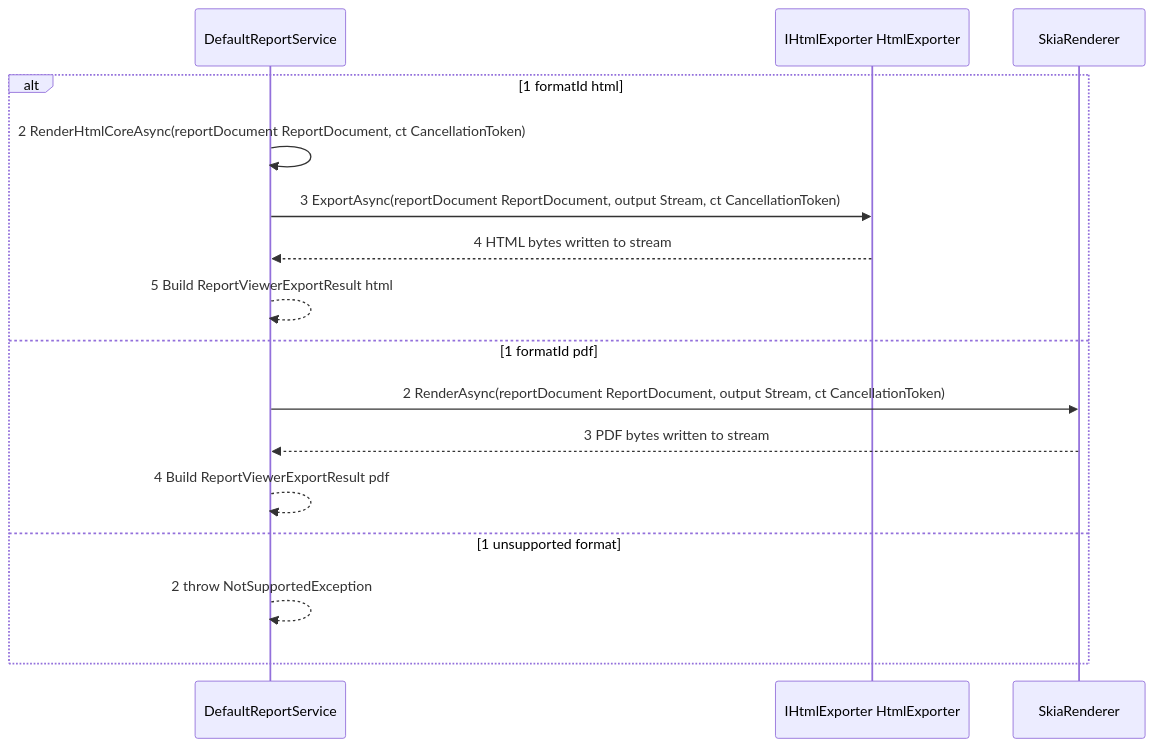
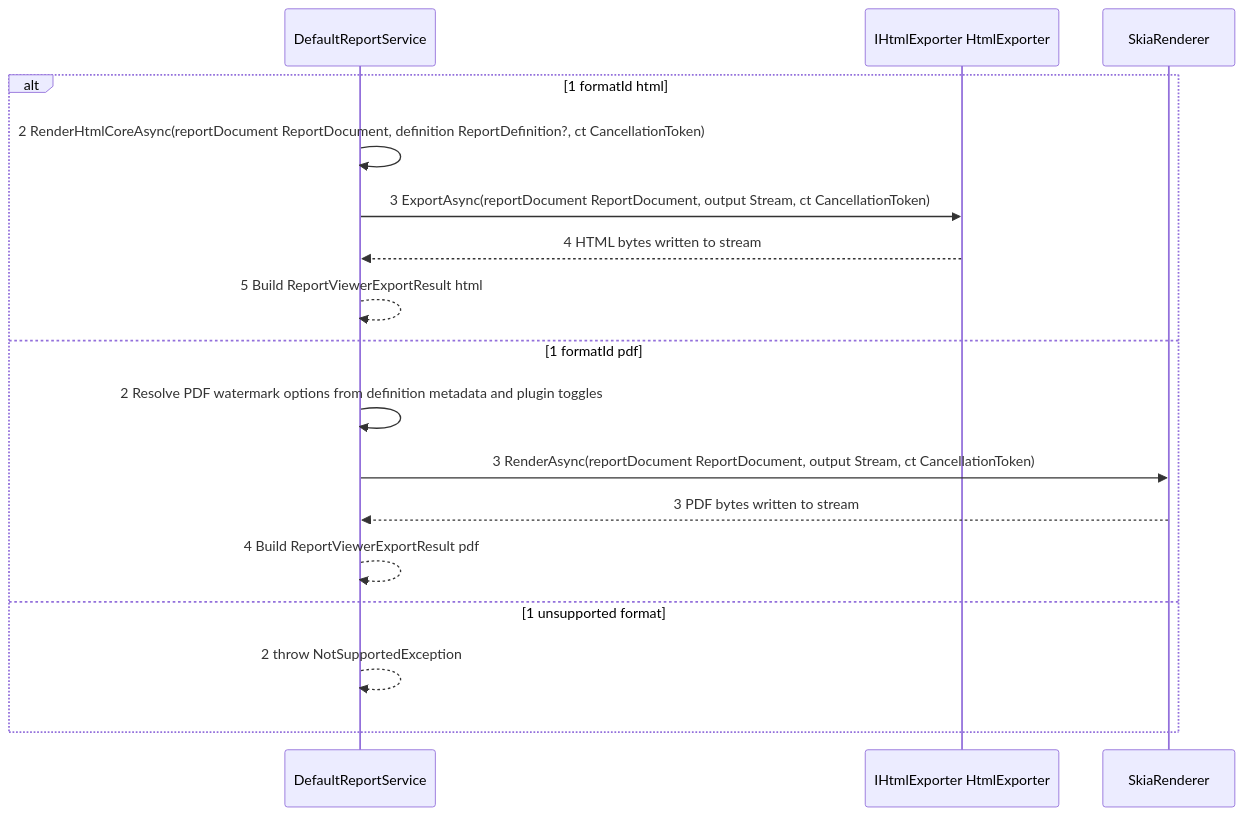
The fourth of 7 diagrams in docs/16-exporter-execution-flow.md (Netcodr81/kinetic-reports), drawn with Mermaid before and after one commit. The commit also changed other lines of this file and 17 other files, not shown here.

````diff
--- a/docs/16-exporter-execution-flow.md
+++ b/docs/16-exporter-execution-flow.md
@@ -41,19 +59,20 @@
 ```mermaid
 sequenceDiagram
     participant Service as DefaultReportService
     participant Html as IHtmlExporter HtmlExporter
     participant Pdf as SkiaRenderer
 
     alt 1 formatId html
-        Service->>Service: 2 RenderHtmlCoreAsync(reportDocument ReportDocument, ct CancellationToken)
+        Service->>Service: 2 RenderHtmlCoreAsync(reportDocument ReportDocument, definition ReportDefinition?, ct CancellationToken)
         Service->>Html: 3 ExportAsync(reportDocument ReportDocument, output Stream, ct CancellationToken)
         Html-->>Service: 4 HTML bytes written to stream
         Service-->>Service: 5 Build ReportViewerExportResult html
     else 1 formatId pdf
-        Service->>Pdf: 2 RenderAsync(reportDocument ReportDocument, output Stream, ct CancellationToken)
+        Service->>Service: 2 Resolve PDF watermark options from definition metadata and plugin toggles
+        Service->>Pdf: 3 RenderAsync(reportDocument ReportDocument, output Stream, ct CancellationToken)
         Pdf-->>Service: 3 PDF bytes written to stream
         Service-->>Service: 4 Build ReportViewerExportResult pdf
     else 1 unsupported format
         Service-->>Service: 2 throw NotSupportedException
     end
 ```
````
